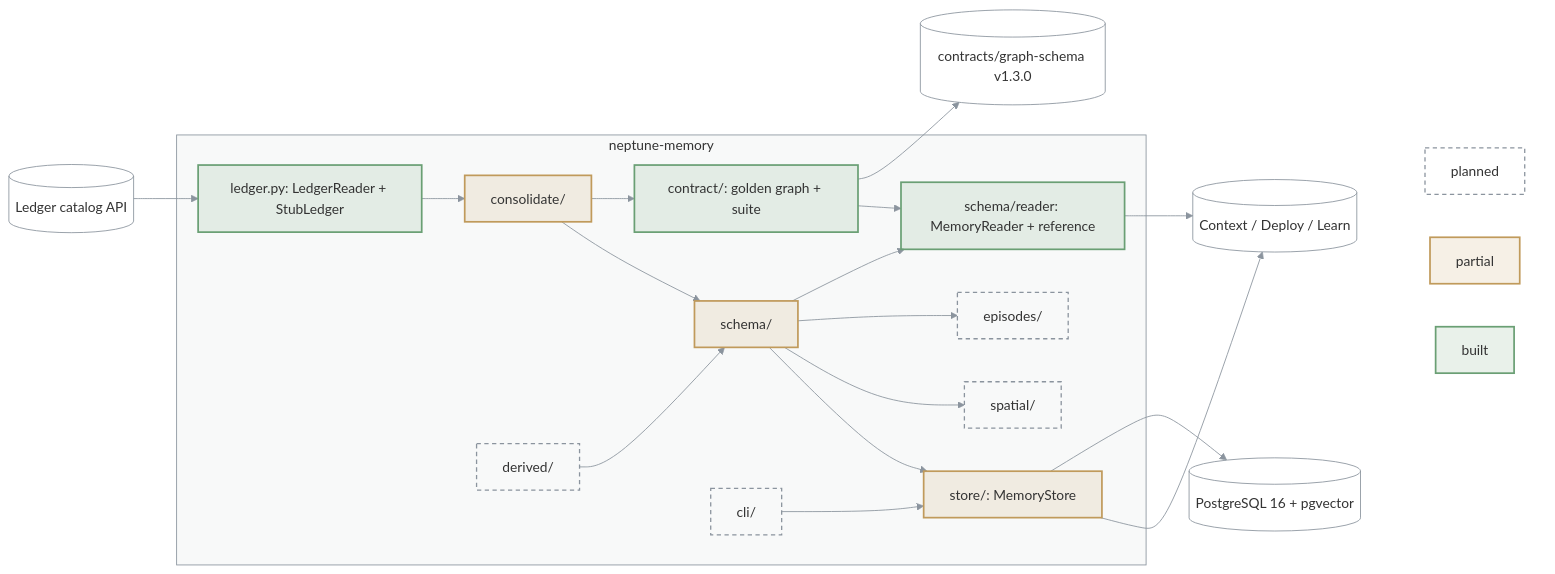
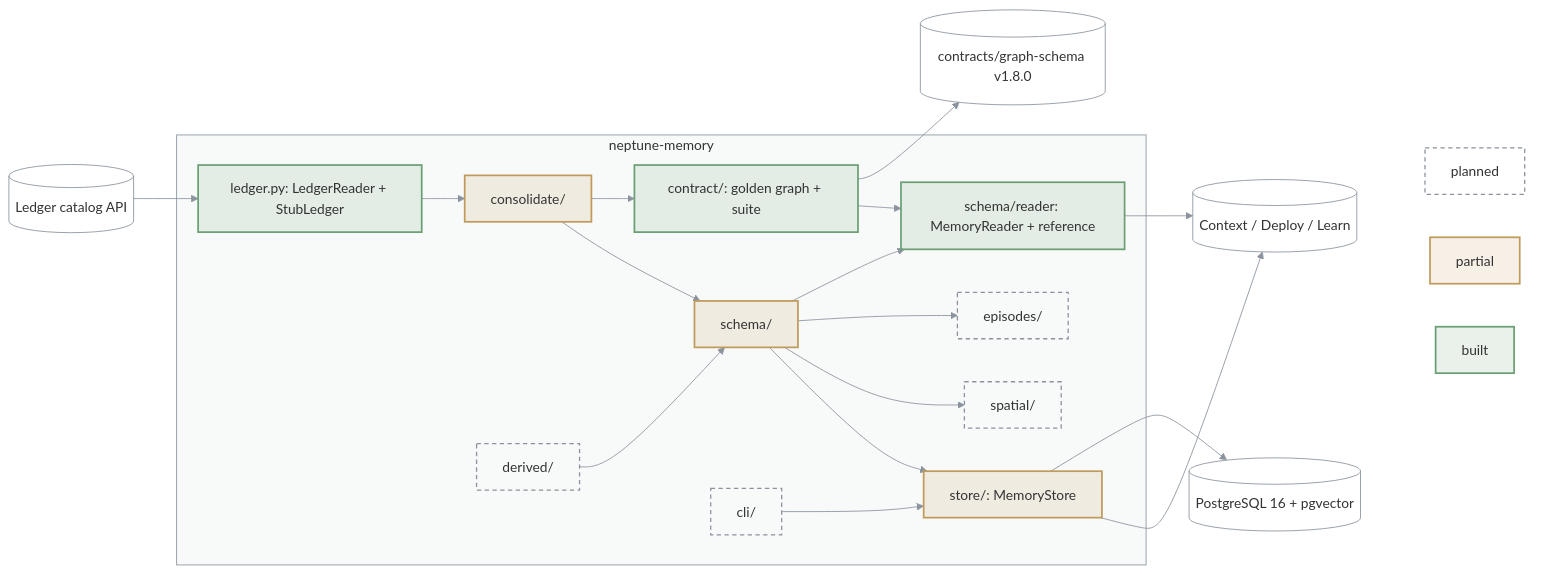
The diagram in packages/neptune-memory/ARCHITECTURE.md (bennytay/neptune), drawn with Mermaid before and after one commit. The commit also changed 19 other files, not shown here.

First line of the commit message:
feat(memory): publish graph-schema 1.8.0 with the coverage vocabulary; ADR 0015

````diff
--- a/packages/neptune-memory/ARCHITECTURE.md
+++ b/packages/neptune-memory/ARCHITECTURE.md
@@ -3,48 +3,48 @@
 ```mermaid
 flowchart LR
   LED[("Ledger catalog API")]
   PG[("PostgreSQL 16 + pgvector")]
   subgraph M["neptune-memory"]
     SEAM["ledger.py: LedgerReader + StubLedger"]
     CON["consolidate/"]
     DER["derived/"]
     SCH["schema/"]
     RD["schema/reader: MemoryReader + reference"]
     CT["contract/: golden graph + suite"]
     STO["store/: MemoryStore"]
     SPA["spatial/"]
     EPI["episodes/"]
     CLI["cli/"]
   end
   OUT[("Context / Deploy / Learn")]
   LED --> SEAM --> CON --> SCH --> STO
   DER --> SCH
   SCH --> SPA & EPI
   SCH --> RD --> OUT
   CON --> CT --> RD
-  CT --> REG[("contracts/graph-schema v1.3.0")]
+  CT --> REG[("contracts/graph-schema v1.8.0")]
   STO --> OUT
   CLI --> STO
   STO --> PG
 
   subgraph KEY[" "]
     K1["built"]
     K2["partial"]
     K3["planned"]
   end
   OUT ~~~ K1 & K2 & K3
 
   classDef built fill:#6a9f7426,stroke:#6a9f74,stroke-width:2px
   classDef partial fill:#c09a5b26,stroke:#c09a5b,stroke-width:2px
   classDef todo fill:none,stroke:#8b949e,stroke-width:1.5px,stroke-dasharray:5 4
   classDef ext fill:none,stroke:#8b949e,stroke-width:1px
   class K1 built
   class K2 partial
   class DER,SPA,EPI,CLI,K3 todo
   class CON,SCH,STO partial
   class SEAM,RD,CT built
   class LED,OUT,PG,REG ext
   style M fill:#8b949e0f,stroke:#8b949e
   style KEY fill:none,stroke:none
   linkStyle default stroke:#8b949e
 ```
````
